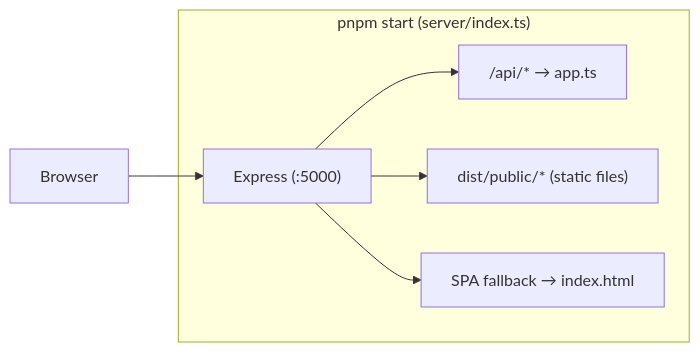
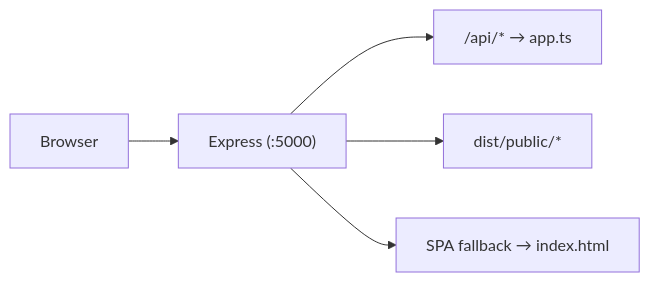
The third of 5 diagrams in README.md (nyancol/Brick-Master-Tracker), drawn with Mermaid before and after one commit. The commit also changed other lines of this file and 75 other files, not shown here.

````diff
--- a/README.md
+++ b/README.md
@@ -63,13 +50,7 @@
 ```mermaid
 flowchart LR
-    subgraph Prod["pnpm start (server/index.ts)"]
-        expressProd["Express (:5000)"]
-        apiProd["/api/* → app.ts"]
-        static["dist/public/* (static files)"]
-        fallback["SPA fallback → index.html"]
-        expressProd --> apiProd
-        expressProd --> static
-        expressProd --> fallback
-    end
-    browser2["Browser"] --> expressProd
+    browser2["Browser"] --> expressProd["Express (:5000)"]
+    expressProd --> apiProd["/api/* → app.ts"]
+    expressProd --> static["dist/public/*"]
+    expressProd --> fallback["SPA fallback → index.html"]
 ```
````
